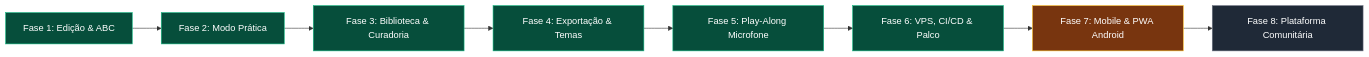
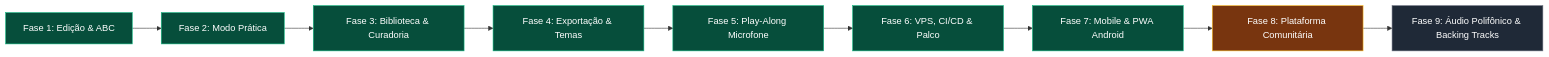
One commit to xfox26/Whistle-Tab-Editor changed the diagram in ROADMAP.md. Above: the diagram before and after it, drawn with Mermaid. The commit also changed other lines of this file and 4 other files, not shown here.

````diff
--- a/ROADMAP.md
+++ b/ROADMAP.md
@@ -11,19 +11,21 @@
 ```mermaid
 flowchart LR
     A["Fase 1: Edição & ABC"] --> B["Fase 2: Modo Prática"]
     B --> C["Fase 3: Biblioteca & Curadoria"]
     C --> D["Fase 4: Exportação & Temas"]
     D --> E["Fase 5: Play-Along Microfone"]
     E --> F["Fase 6: VPS, CI/CD & Palco"]
     F --> G["Fase 7: Mobile & PWA Android"]
     G --> H["Fase 8: Plataforma Comunitária"]
+    H --> I["Fase 9: Áudio Polifônico & Backing Tracks"]
     
     style A fill:#064e3b,stroke:#10b981,color:#fff
     style B fill:#064e3b,stroke:#10b981,color:#fff
     style C fill:#064e3b,stroke:#10b981,color:#fff
     style D fill:#064e3b,stroke:#10b981,color:#fff
     style E fill:#064e3b,stroke:#10b981,color:#fff
     style F fill:#064e3b,stroke:#10b981,color:#fff
-    style G fill:#78350f,stroke:#fbbf24,color:#fff
-    style H fill:#1f2937,stroke:#6b7280,color:#fff
+    style G fill:#064e3b,stroke:#10b981,color:#fff
+    style H fill:#78350f,stroke:#fbbf24,color:#fff
+    style I fill:#1f2937,stroke:#6b7280,color:#fff
 ```
````
